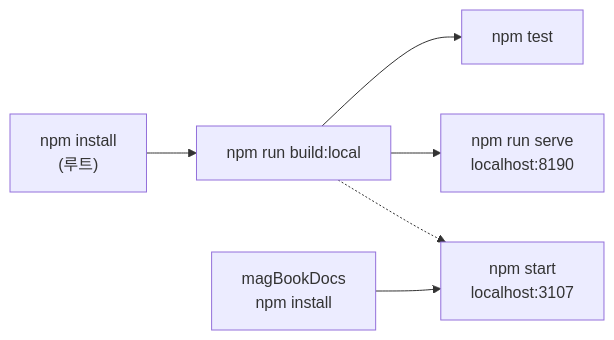
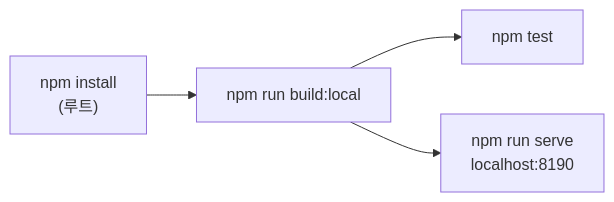
One commit to i486magzog/magFlip changed the diagram in guide/dev/development/local-setup.md. Above: the diagram before and after it, drawn with Mermaid. The commit also changed other lines of this file and 37 other files, not shown here.

````diff
--- a/guide/dev/development/local-setup.md
+++ b/guide/dev/development/local-setup.md
@@ -14,8 +14,6 @@
 ```mermaid
 flowchart LR
   I["npm install<br/>(루트)"] --> B["npm run build:local"]
   B --> T["npm test"]
   B --> S["npm run serve<br/>localhost:8190"]
-  I2["magBookDocs<br/>npm install"] --> D["npm start<br/>localhost:3107"]
-  B -.-> D
 ```
````
